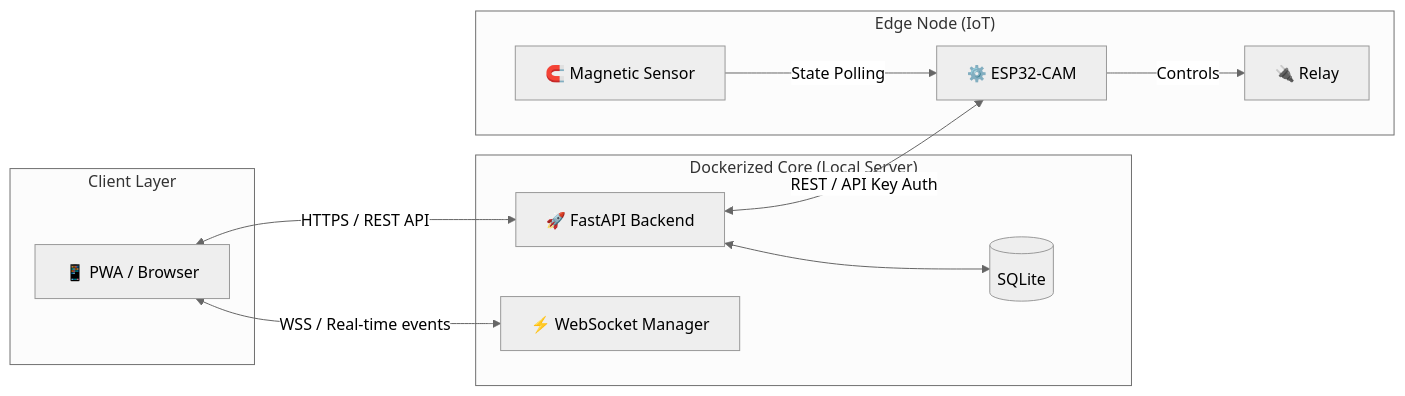
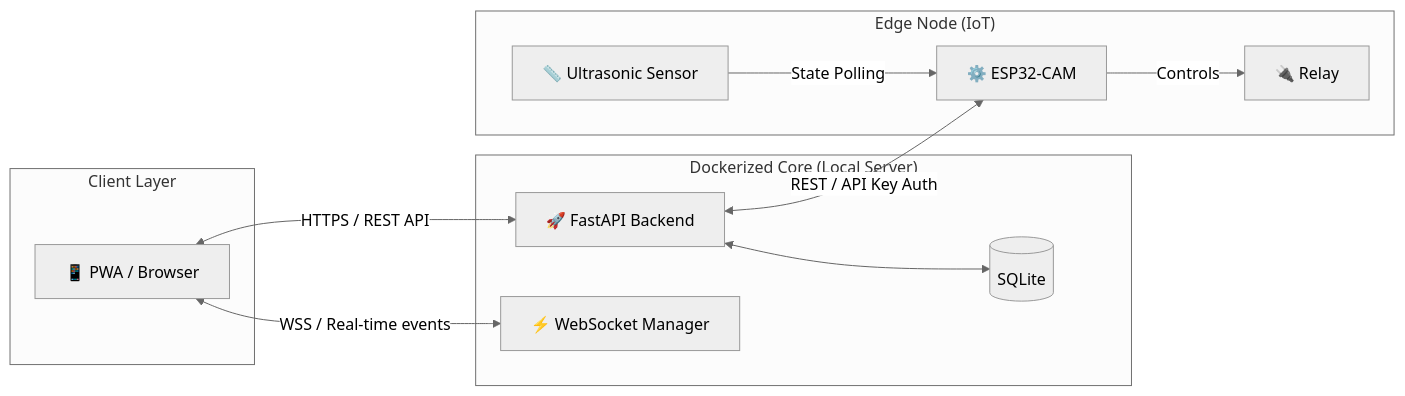
One commit to Hykoz/GarageView changed the diagram in README.md. Above: the diagram before and after it, drawn with Mermaid (neutral theme). The commit also changed other lines of this file, not shown here.

Commit message:
readme v2

````diff
--- a/README.md
+++ b/README.md
@@ -40,25 +40,25 @@
 ```mermaid
 graph LR
     subgraph "Client Layer"
         PWA[📱 PWA / Browser]
     end
     
     subgraph "Dockerized Core (Local Server)"
         API[🚀 FastAPI Backend]
         DB[(SQLite)]
         WS[⚡ WebSocket Manager]
     end
     
     subgraph "Edge Node (IoT)"
         ESP[⚙️ ESP32-CAM]
         RELAY[🔌 Relay]
-        SENSOR[🧲 Magnetic Sensor]
+        SENSOR[📏 Ultrasonic Sensor]
     end
 
     PWA <-->|HTTPS / REST API| API
     PWA <-->|WSS / Real-time events| WS
     API <-->|REST / API Key Auth| ESP
     API <--> DB
     ESP -->|Controls| RELAY
     SENSOR -->|State Polling| ESP
 ```
````
